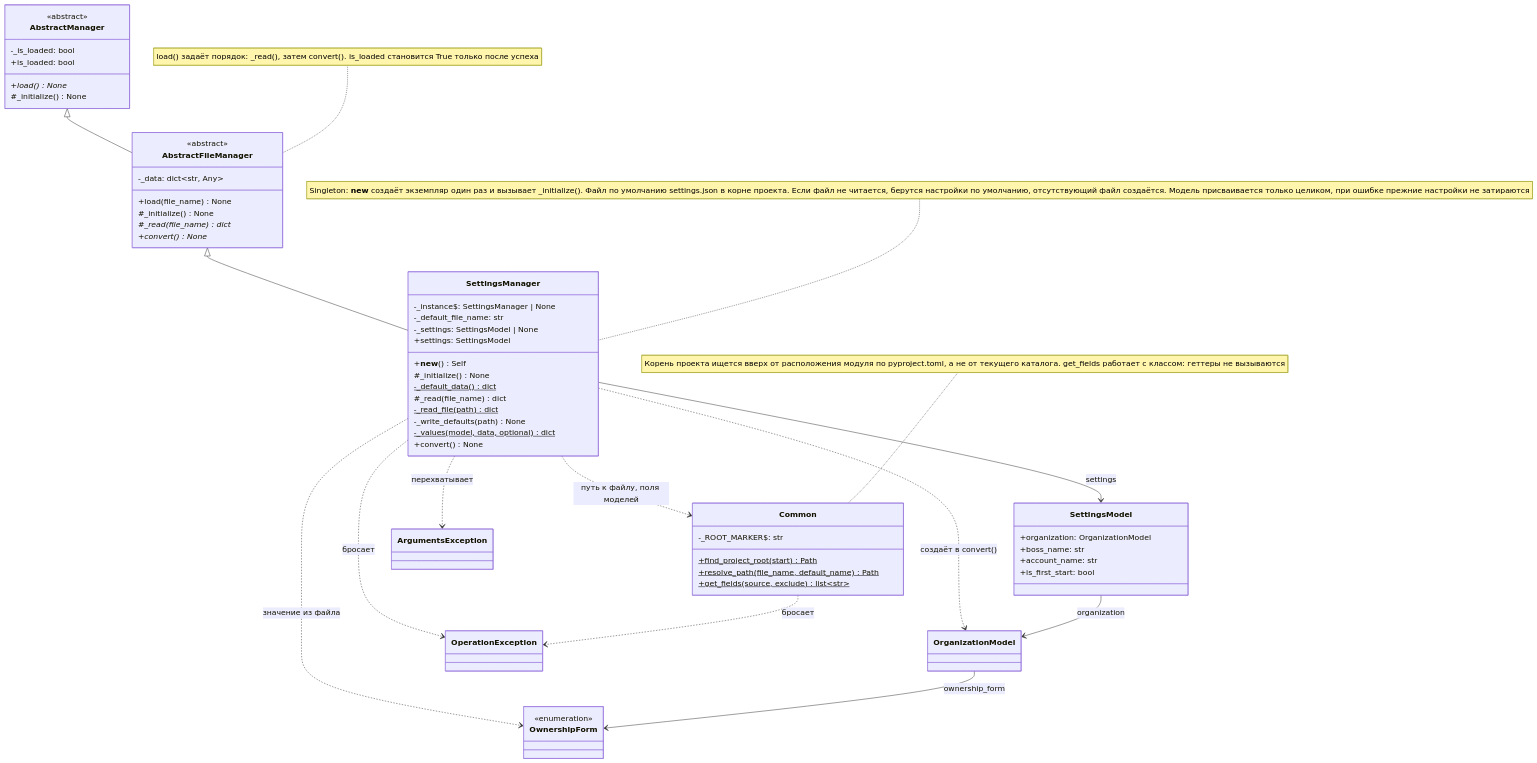
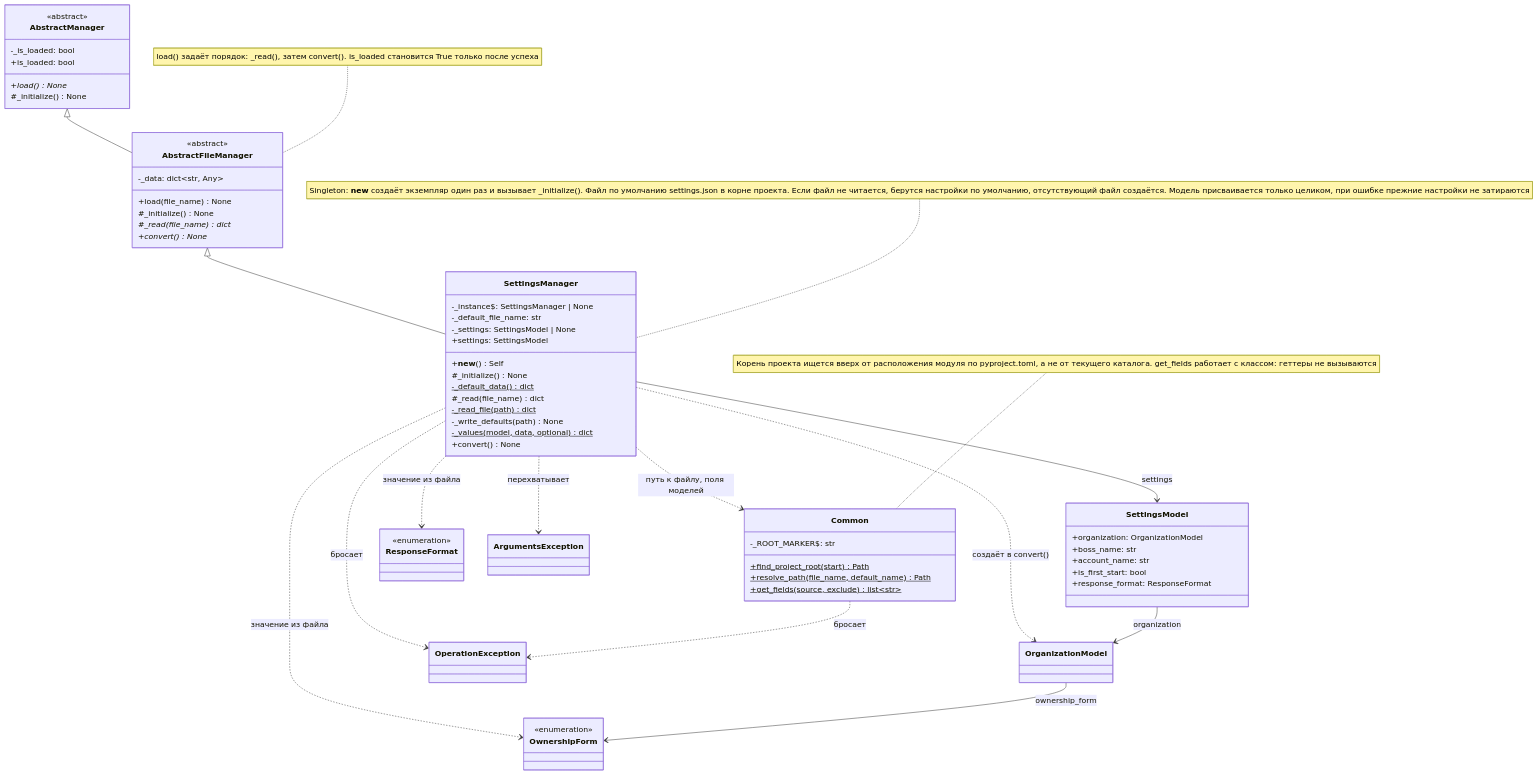
Before and after one commit to asutenshi/design-patterns: the fourth of 6 diagrams in Docs/ClassDiagram.md, drawn with Mermaid. The commit also changed other lines of this file and 35 other files, not shown here.

First line of the commit message:
feat: add Markdown, CSV, XML and HTML reports with default format from settings

````diff
--- a/Docs/ClassDiagram.md
+++ b/Docs/ClassDiagram.md
@@ -382,75 +388,80 @@
 ```mermaid
 classDiagram
     direction TB
 
     class AbstractManager {
         <<abstract>>
         -_is_loaded: bool
         +is_loaded: bool
         +load()* None
         #_initialize() None
     }
 
     class AbstractFileManager {
         <<abstract>>
         -_data: dict~str, Any~
         +load(file_name) None
         #_initialize() None
         #_read(file_name)* dict
         +convert()* None
     }
 
     note for AbstractFileManager "load() задаёт порядок: _read(), затем convert(). is_loaded становится True только после успеха"
 
     class Common {
         -_ROOT_MARKER$: str
         +find_project_root(start)$ Path
         +resolve_path(file_name, default_name)$ Path
         +get_fields(source, exclude)$ list~str~
     }
 
     note for Common "Корень проекта ищется вверх от расположения модуля по pyproject.toml, а не от текущего каталога. get_fields работает с классом: геттеры не вызываются"
 
     class SettingsManager {
         -_instance$: SettingsManager | None
         -_default_file_name: str
         -_settings: SettingsModel | None
         +settings: SettingsModel
         +__new__() Self
         #_initialize() None
         -_default_data()$ dict
         #_read(file_name) dict
         -_read_file(path)$ dict
         -_write_defaults(path) None
         -_values(model, data, optional)$ dict
         +convert() None
     }
 
     note for SettingsManager "Singleton: __new__ создаёт экземпляр один раз и вызывает _initialize(). Файл по умолчанию settings.json в корне проекта. Если файл не читается, берутся настройки по умолчанию, отсутствующий файл создаётся. Модель присваивается только целиком, при ошибке прежние настройки не затираются"
 
     class SettingsModel {
         +organization: OrganizationModel
         +boss_name: str
         +account_name: str
         +is_first_start: bool
+        +response_format: ResponseFormat
     }
 
     class OrganizationModel
     class OwnershipForm {
+        <<enumeration>>
+    }
+    class ResponseFormat {
         <<enumeration>>
     }
     class ArgumentsException
     class OperationException
 
     AbstractManager <|-- AbstractFileManager
     AbstractFileManager <|-- SettingsManager
     SettingsManager --> SettingsModel : settings
     SettingsModel --> OrganizationModel : organization
     OrganizationModel --> OwnershipForm : ownership_form
     SettingsManager ..> Common : путь к файлу, поля моделей
     Common ..> OperationException : бросает
     SettingsManager ..> OrganizationModel : создаёт в convert()
     SettingsManager ..> OwnershipForm : значение из файла
+    SettingsManager ..> ResponseFormat : значение из файла
     SettingsManager ..> ArgumentsException : перехватывает
     SettingsManager ..> OperationException : бросает
 ```
````
